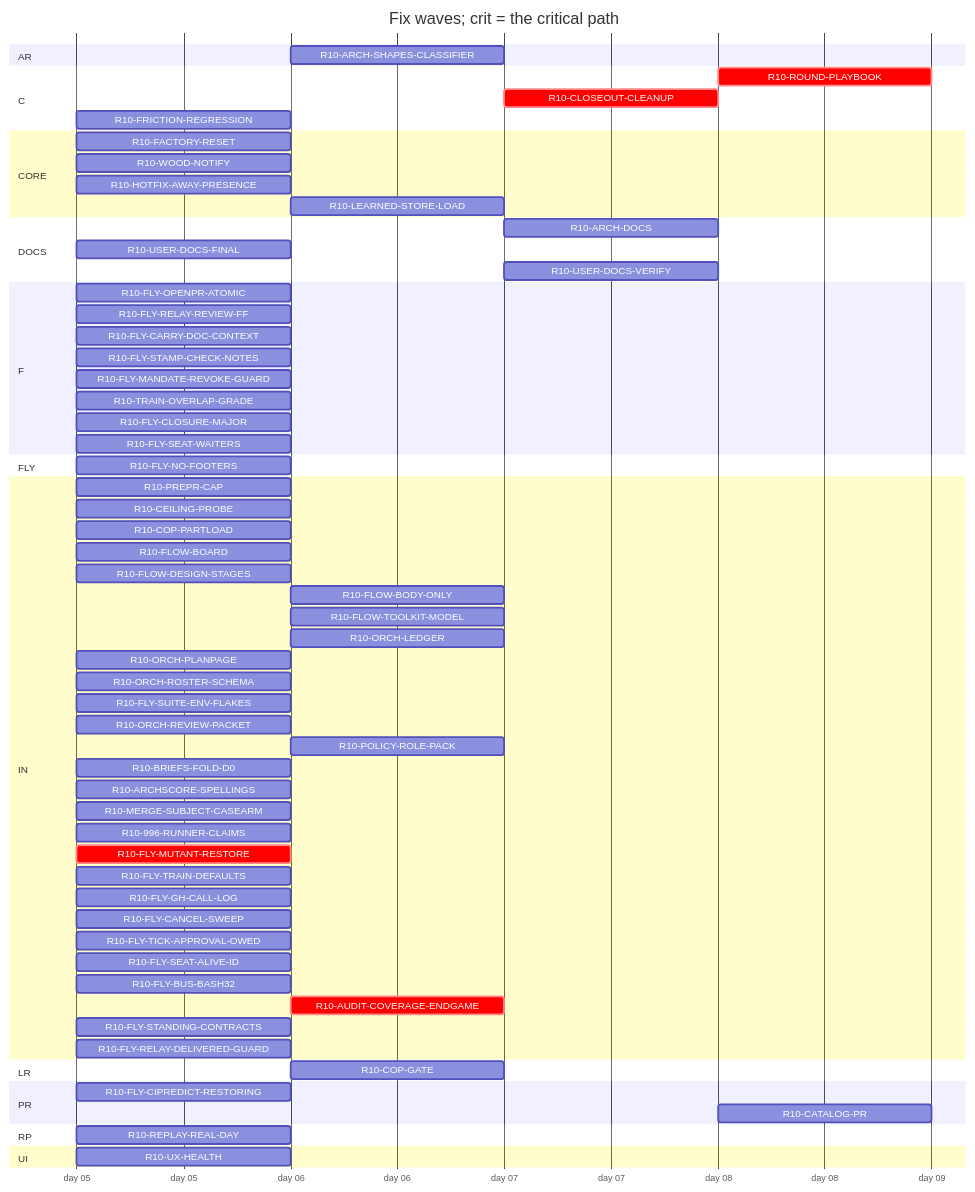
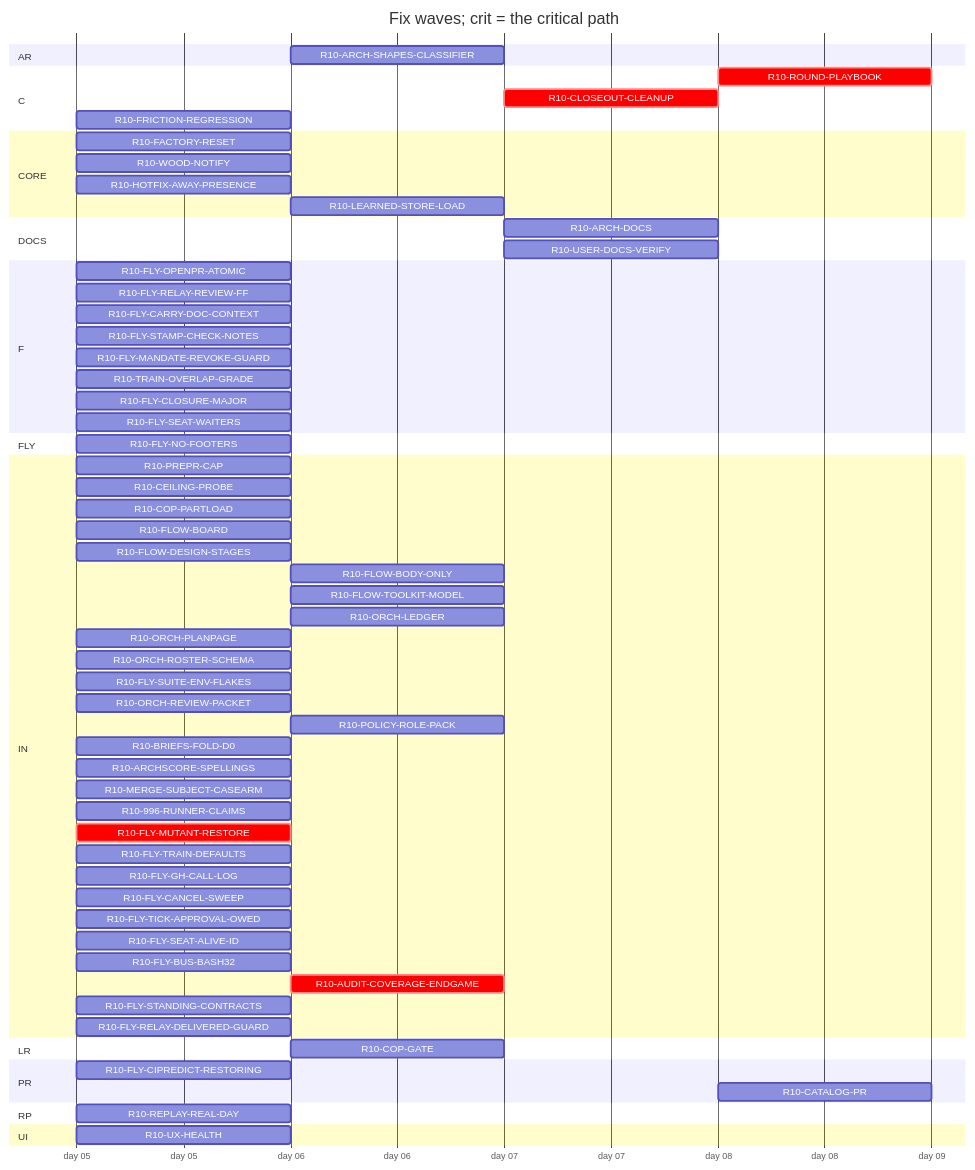
The diagram in handoff/round10/state/PLAN-TABLE.md (tvofi/heatpump_optimizer), drawn with Mermaid before and after one commit. The commit also changed other lines of this file and 3 other files, not shown here.

Commit message:
state: FLOW-BOARD.md, NEXT-SESSION-PROMPT.md, PLAN-TABLE.md, RESUME-CURRENT.md regenerated (state_docs.py)

````diff
--- a/handoff/round10/state/PLAN-TABLE.md
+++ b/handoff/round10/state/PLAN-TABLE.md
@@ -24,69 +24,68 @@
 ```mermaid
 gantt
   title Fix waves; crit = the critical path
   dateFormat YYYY-MM-DD
   axisFormat day %d
   section AR
     R10-ARCH-SHAPES-CLASSIFIER :r10ARCHSHAPESCLASSIFIER, after r10996RUNNERCLAIMS, 1d
   section C
     R10-ROUND-PLAYBOOK :crit, r10ROUNDPLAYBOOK, after r10ORCHLEDGER r10ORCHPLANPAGE r10FLYRELAYREVIEWFF r10FLOWBODYONLY r10AUDITCOVERAGEENDGAME r10FLOWDESIGNSTAGES r10ORCHROSTERSCHEMA r10FLOWTOOLKITMODEL r10TRAINOVERLAPGRADE r10FLYTRAINDEFAULTS r10FLYCANCELSWEEP r10POLICYROLEPACK r10ORCHREVIEWPACKET r10FLOWBOARD r10CLOSEOUTCLEANUP, 1d
     R10-CLOSEOUT-CLEANUP :crit, r10CLOSEOUTCLEANUP, after r10AUDITCOVERAGEENDGAME, 1d
     R10-FRICTION-REGRESSION :r10FRICTIONREGRESSION, 2026-01-05, 1d
   section CORE
     R10-FACTORY-RESET :r10FACTORYRESET, 2026-01-05, 1d
     R10-WOOD-NOTIFY :r10WOODNOTIFY, 2026-01-05, 1d
     R10-HOTFIX-AWAY-PRESENCE :r10HOTFIXAWAYPRESENCE, 2026-01-05, 1d
     R10-LEARNED-STORE-LOAD :r10LEARNEDSTORELOAD, after r10FACTORYRESET, 1d
   section DOCS
     R10-ARCH-DOCS :r10ARCHDOCS, after r10COPGATE r10UXHEALTH r10CEILINGPROBE r10COPPARTLOAD r10FLOWBOARD r10FLOWDESIGNSTAGES r10FLOWBODYONLY r10FLYOPENPRATOMIC r10FLYRELAYREVIEWFF r10FLYCARRYDOCCONTEXT r10FLOWTOOLKITMODEL r10FLYSTAMPCHECKNOTES r10FLYMANDATEREVOKEGUARD r10TRAINOVERLAPGRADE r10FLYSUITEENVFLAKES r10ORCHLEDGER r10ORCHPLANPAGE r10ORCHROSTERSCHEMA r10ORCHREVIEWPACKET r10POLICYROLEPACK r10BRIEFSFOLDD0 r10REPLAYREALDAY r10ARCHSCORESPELLINGS, 1d
-    R10-USER-DOCS-FINAL :r10USERDOCSFINAL, 2026-01-05, 1d
-    R10-USER-DOCS-VERIFY :r10USERDOCSVERIFY, after r10COPGATE r10UXHEALTH r10CEILINGPROBE r10COPPARTLOAD r10FACTORYRESET r10WOODNOTIFY r10USERDOCSFINAL r10ARCHSHAPESCLASSIFIER r10HOTFIXAWAYPRESENCE, 1d
+    R10-USER-DOCS-VERIFY :r10USERDOCSVERIFY, after r10COPGATE r10UXHEALTH r10CEILINGPROBE r10COPPARTLOAD r10FACTORYRESET r10WOODNOTIFY r10ARCHSHAPESCLASSIFIER r10HOTFIXAWAYPRESENCE, 1d
   section F
     R10-FLY-OPENPR-ATOMIC :r10FLYOPENPRATOMIC, 2026-01-05, 1d
     R10-FLY-RELAY-REVIEW-FF :r10FLYRELAYREVIEWFF, 2026-01-05, 1d
     R10-FLY-CARRY-DOC-CONTEXT :r10FLYCARRYDOCCONTEXT, 2026-01-05, 1d
     R10-FLY-STAMP-CHECK-NOTES :r10FLYSTAMPCHECKNOTES, 2026-01-05, 1d
     R10-FLY-MANDATE-REVOKE-GUARD :r10FLYMANDATEREVOKEGUARD, 2026-01-05, 1d
     R10-TRAIN-OVERLAP-GRADE :r10TRAINOVERLAPGRADE, 2026-01-05, 1d
     R10-FLY-CLOSURE-MAJOR :r10FLYCLOSUREMAJOR, 2026-01-05, 1d
     R10-FLY-SEAT-WAITERS :r10FLYSEATWAITERS, 2026-01-05, 1d
   section FLY
     R10-FLY-NO-FOOTERS :r10FLYNOFOOTERS, 2026-01-05, 1d
   section IN
     R10-PREPR-CAP :r10PREPRCAP, 2026-01-05, 1d
     R10-CEILING-PROBE :r10CEILINGPROBE, 2026-01-05, 1d
     R10-COP-PARTLOAD :r10COPPARTLOAD, 2026-01-05, 1d
     R10-FLOW-BOARD :r10FLOWBOARD, 2026-01-05, 1d
     R10-FLOW-DESIGN-STAGES :r10FLOWDESIGNSTAGES, 2026-01-05, 1d
     R10-FLOW-BODY-ONLY :r10FLOWBODYONLY, after r10FLYOPENPRATOMIC, 1d
     R10-FLOW-TOOLKIT-MODEL :r10FLOWTOOLKITMODEL, after r10ORCHPLANPAGE r10FLYCANCELSWEEP, 1d
     R10-ORCH-LEDGER :r10ORCHLEDGER, after r10FLYCANCELSWEEP, 1d
     R10-ORCH-PLANPAGE :r10ORCHPLANPAGE, 2026-01-05, 1d
     R10-ORCH-ROSTER-SCHEMA :r10ORCHROSTERSCHEMA, 2026-01-05, 1d
     R10-FLY-SUITE-ENV-FLAKES :r10FLYSUITEENVFLAKES, 2026-01-05, 1d
     R10-ORCH-REVIEW-PACKET :r10ORCHREVIEWPACKET, 2026-01-05, 1d
     R10-POLICY-ROLE-PACK :r10POLICYROLEPACK, after r10FLOWDESIGNSTAGES, 1d
     R10-BRIEFS-FOLD-D0 :r10BRIEFSFOLDD0, 2026-01-05, 1d
     R10-ARCHSCORE-SPELLINGS :r10ARCHSCORESPELLINGS, 2026-01-05, 1d
     R10-MERGE-SUBJECT-CASEARM :r10MERGESUBJECTCASEARM, 2026-01-05, 1d
     R10-996-RUNNER-CLAIMS :r10996RUNNERCLAIMS, 2026-01-05, 1d
     R10-FLY-MUTANT-RESTORE :crit, r10FLYMUTANTRESTORE, 2026-01-05, 1d
     R10-FLY-TRAIN-DEFAULTS :r10FLYTRAINDEFAULTS, 2026-01-05, 1d
     R10-FLY-GH-CALL-LOG :r10FLYGHCALLLOG, 2026-01-05, 1d
     R10-FLY-CANCEL-SWEEP :r10FLYCANCELSWEEP, 2026-01-05, 1d
     R10-FLY-TICK-APPROVAL-OWED :r10FLYTICKAPPROVALOWED, 2026-01-05, 1d
     R10-FLY-SEAT-ALIVE-ID :r10FLYSEATALIVEID, 2026-01-05, 1d
     R10-FLY-BUS-BASH32 :r10FLYBUSBASH32, 2026-01-05, 1d
     R10-AUDIT-COVERAGE-ENDGAME :crit, r10AUDITCOVERAGEENDGAME, after r10FLYMUTANTRESTORE r10996RUNNERCLAIMS, 1d
     R10-FLY-STANDING-CONTRACTS :r10FLYSTANDINGCONTRACTS, 2026-01-05, 1d
     R10-FLY-RELAY-DELIVERED-GUARD :r10FLYRELAYDELIVEREDGUARD, 2026-01-05, 1d
   section LR
     R10-COP-GATE :r10COPGATE, after r10CEILINGPROBE, 1d
   section PR
     R10-FLY-CIPREDICT-RESTORING :r10FLYCIPREDICTRESTORING, 2026-01-05, 1d
     R10-CATALOG-PR :r10CATALOGPR, after r10USERDOCSVERIFY r10AUDITCOVERAGEENDGAME, 1d
   section RP
     R10-REPLAY-REAL-DAY :r10REPLAYREALDAY, 2026-01-05, 1d
   section UI
     R10-UX-HEALTH :r10UXHEALTH, 2026-01-05, 1d
 ```
````
